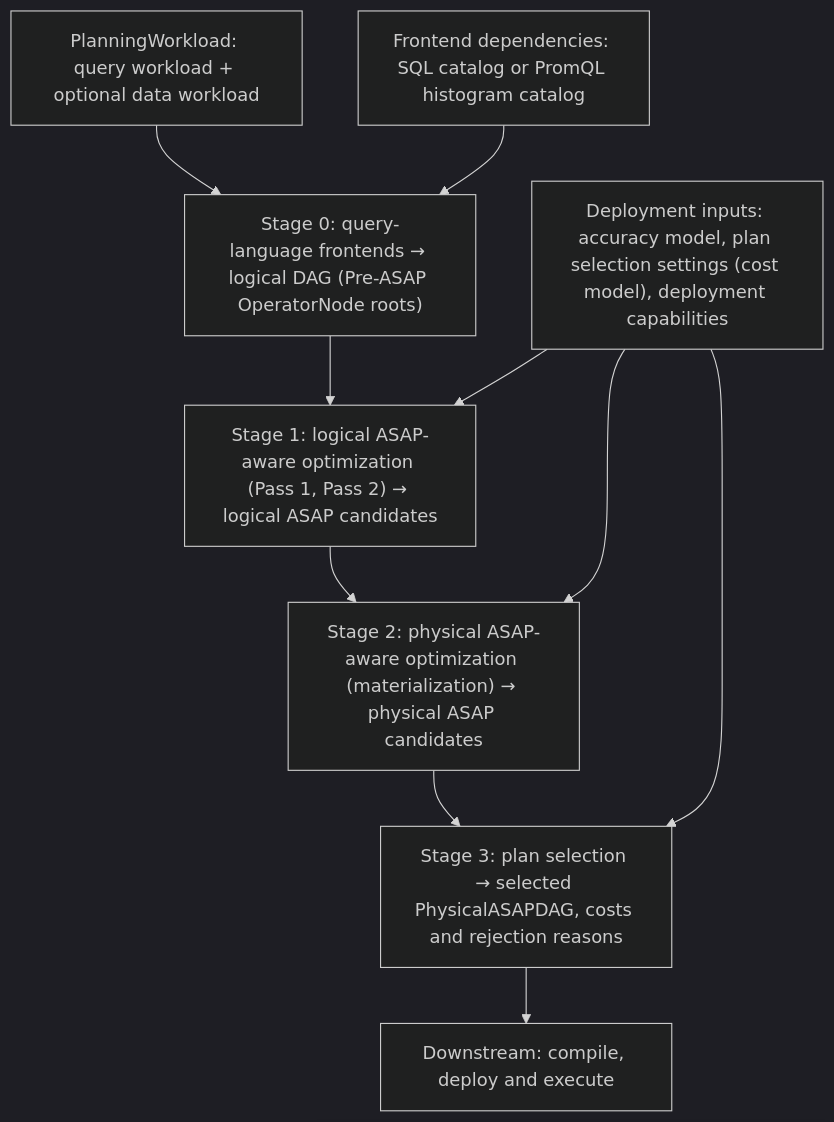
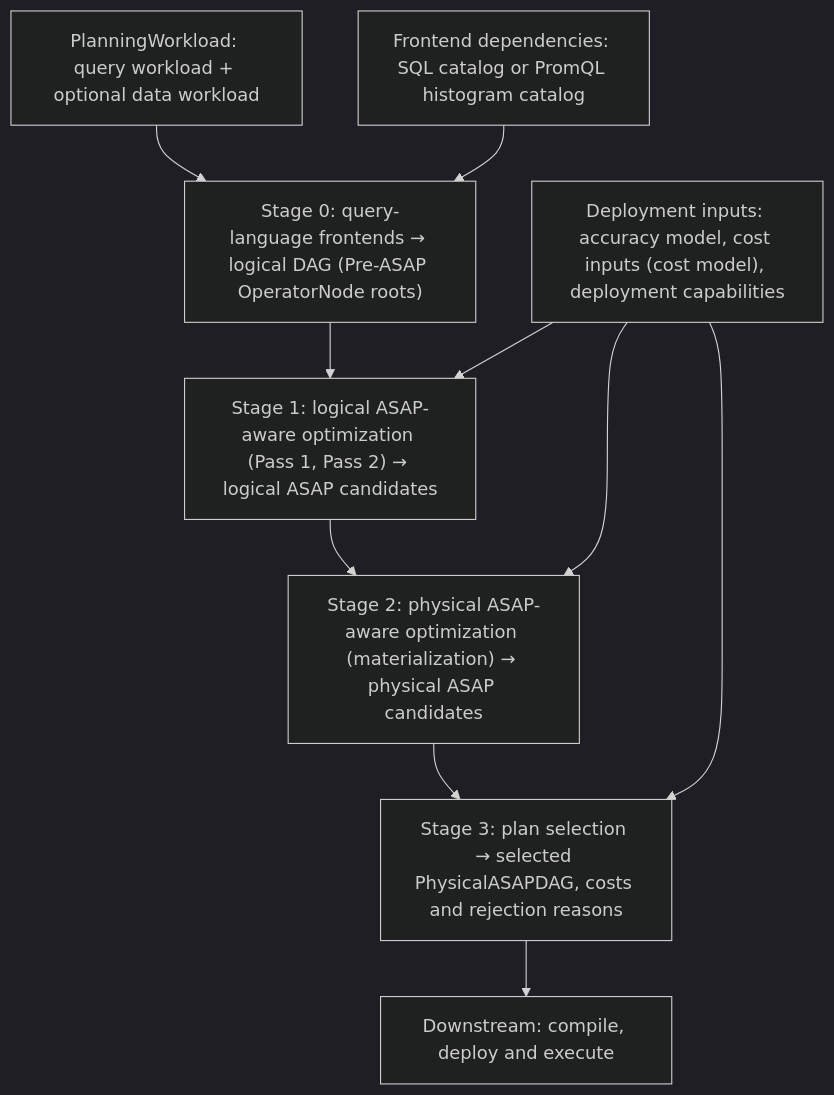
The diagram in docs/design_docs/architecture/README.md (ProjectASAP/ASAPPlanner), drawn with Mermaid (dark theme) before and after one commit. The commit also changed 312 other files, not shown here.

````diff
--- a/docs/design_docs/architecture/README.md
+++ b/docs/design_docs/architecture/README.md
@@ -15,17 +15,17 @@
 ```mermaid
 flowchart TD
     W["PlanningWorkload: query workload + optional data workload"]
     F["Frontend dependencies: SQL catalog or PromQL histogram catalog"]
-    D["Deployment inputs: accuracy model, plan selection settings (cost model), deployment capabilities"]
+    D["Deployment inputs: accuracy model, cost inputs (cost model), deployment capabilities"]
     PRE["Stage 0: query-language frontends → logical DAG (Pre-ASAP OperatorNode roots)"]
     S1["Stage 1: logical ASAP-aware optimization (Pass 1, Pass 2) → logical ASAP candidates"]
     S2["Stage 2: physical ASAP-aware optimization (materialization) → physical ASAP candidates"]
     S3["Stage 3: plan selection → selected PhysicalASAPDAG, costs and rejection reasons"]
     BACKEND["Downstream: compile, deploy and execute"]
     W --> PRE
     F --> PRE
     PRE --> S1 --> S2 --> S3 --> BACKEND
     D --> S1
     D --> S2
     D --> S3
 ```
````
